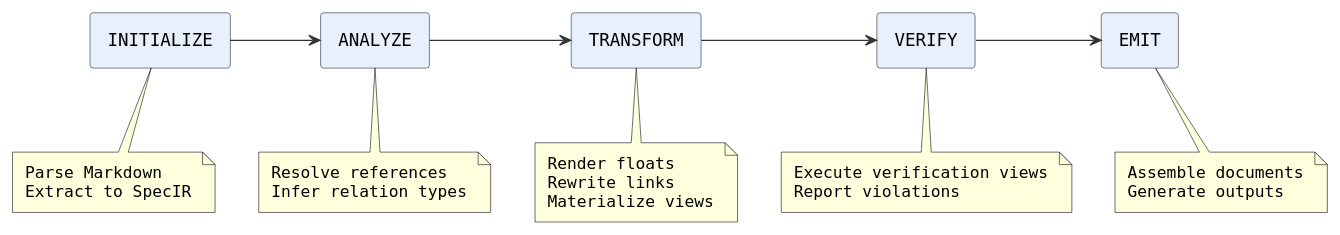
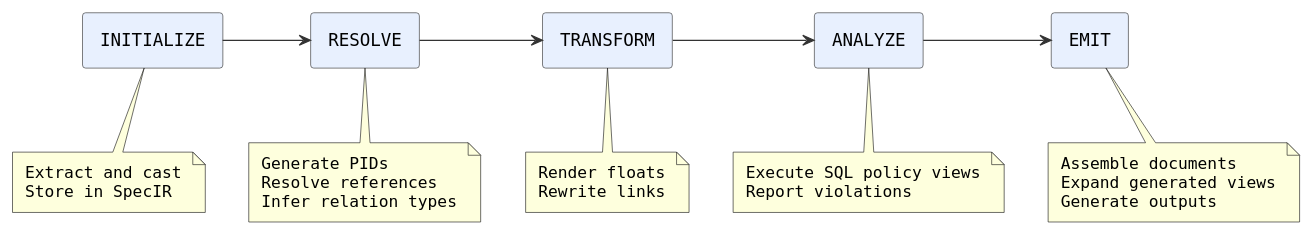
One commit to SpecIR/SpecCompiler changed the first of 2 diagrams in docs/user_docs/manual.md. Above: the diagram before and after it, drawn with PlantUML. The commit also changed other lines of this file and 17 other files, not shown here.

````diff
--- a/docs/user_docs/manual.md
+++ b/docs/user_docs/manual.md
@@ -62,46 +62,47 @@
 ```plantuml:diag-pipeline{caption="Processing Pipeline"}
 @startuml
 skinparam backgroundColor transparent
 skinparam defaultFontName monospaced
 skinparam padding 4
 skinparam ArrowColor #333333
 skinparam RectangleBorderColor #333333
 
 rectangle "INITIALIZE" as init #E8F0FE
+rectangle "RESOLVE" as resolve #E8F0FE
+rectangle "TRANSFORM" as transform #E8F0FE
 rectangle "ANALYZE" as analyze #E8F0FE
-rectangle "TRANSFORM" as transform #E8F0FE
-rectangle "VERIFY" as verify #E8F0FE
 rectangle "EMIT" as emit #E8F0FE
 
-init -right-> analyze
-analyze -right-> transform
-transform -right-> verify
-verify -right-> emit
+init -right-> resolve
+resolve -right-> transform
+transform -right-> analyze
+analyze -right-> emit
 
 note bottom of init
-  Parse Markdown
-  Extract to SpecIR
+  Extract and cast
+  Store in SpecIR
 end note
 
-note bottom of analyze
+note bottom of resolve
+  Generate PIDs
   Resolve references
   Infer relation types
 end note
 
 note bottom of transform
   Render floats
   Rewrite links
-  Materialize views
 end note
 
-note bottom of verify
-  Execute verification views
+note bottom of analyze
+  Execute SQL policy views
   Report violations
 end note
 
 note bottom of emit
   Assemble documents
+  Expand generated views
   Generate outputs
 end note
 @enduml
 ```
````
